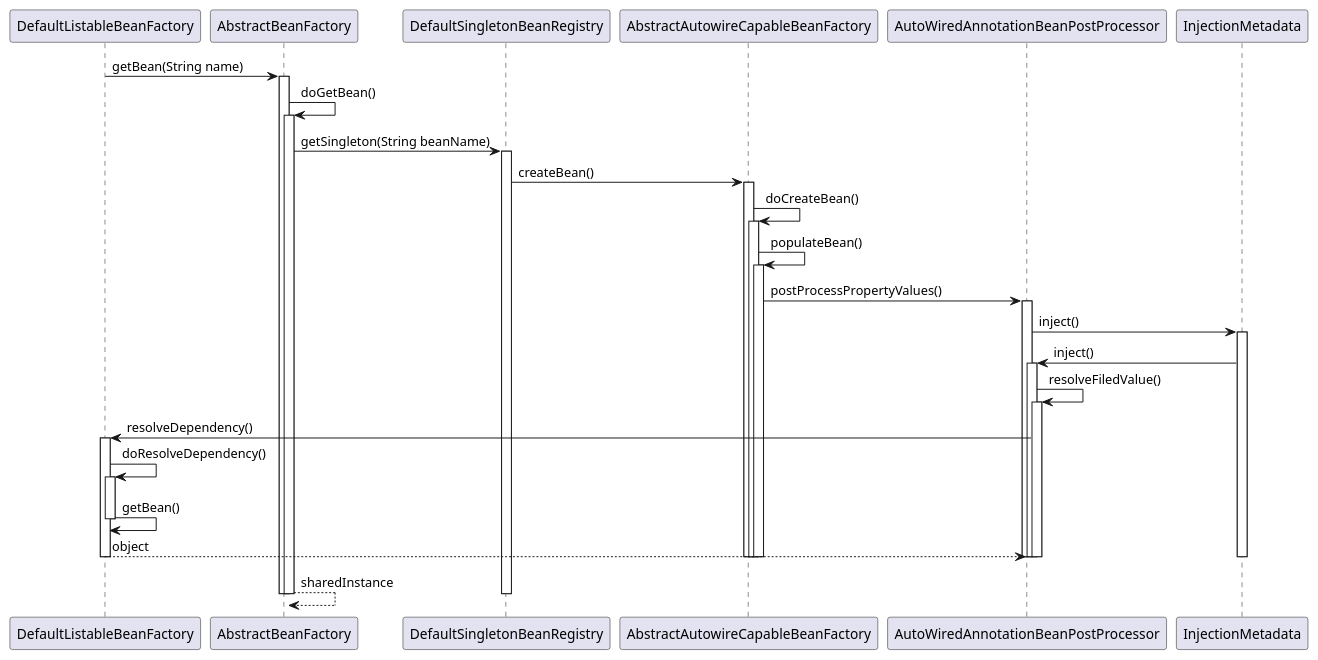
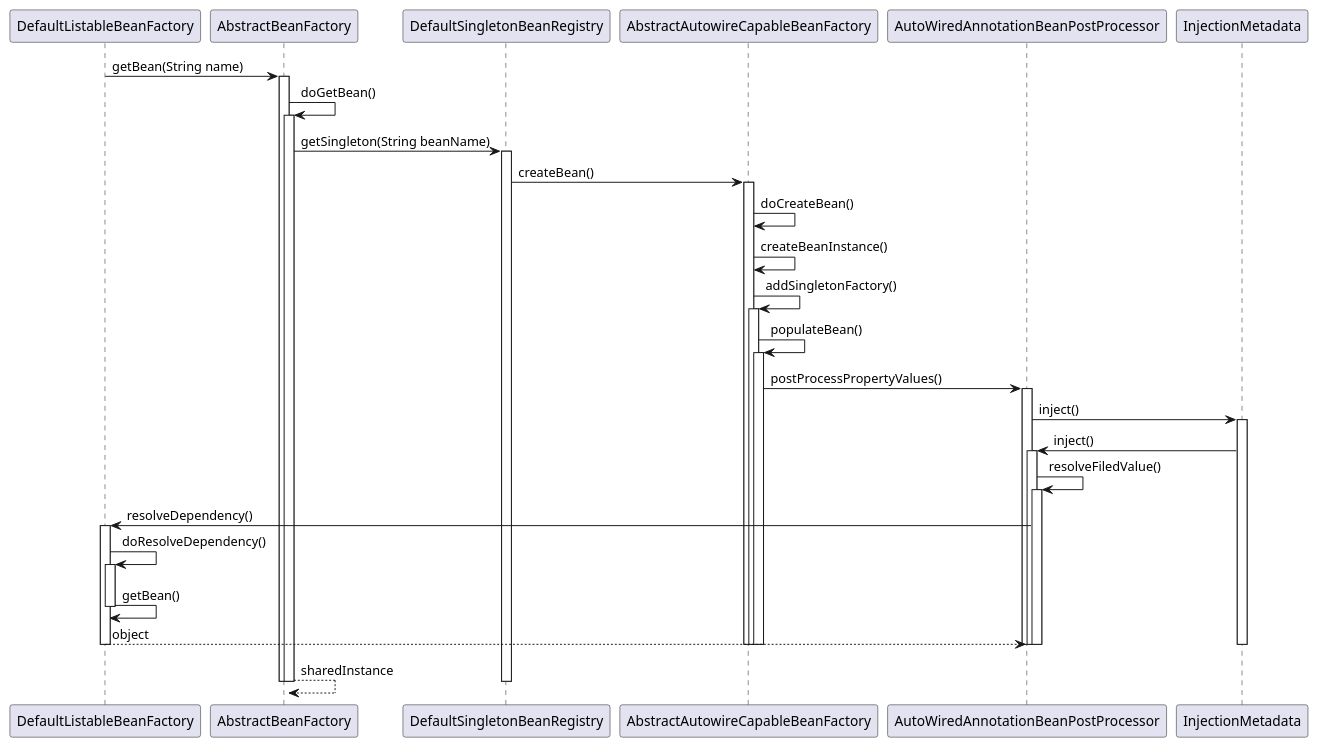
The diagram in doc/c.puml (Cyrus414/spring-framework), drawn with PlantUML before and after one commit. The commit also changed 1 other file, not shown here.

```diff
--- a/doc/c.puml
+++ b/doc/c.puml
@@ -1,43 +1,45 @@
 @startuml
 
 DefaultListableBeanFactory -> AbstractBeanFactory: getBean(String name)
 activate AbstractBeanFactory
     AbstractBeanFactory -> AbstractBeanFactory: doGetBean()
     activate AbstractBeanFactory
         AbstractBeanFactory -> DefaultSingletonBeanRegistry: getSingleton(String beanName)
         activate DefaultSingletonBeanRegistry
             DefaultSingletonBeanRegistry -> AbstractAutowireCapableBeanFactory: createBean()
             activate AbstractAutowireCapableBeanFactory
                 AbstractAutowireCapableBeanFactory -> AbstractAutowireCapableBeanFactory: doCreateBean()
+                AbstractAutowireCapableBeanFactory -> AbstractAutowireCapableBeanFactory: createBeanInstance()
+                AbstractAutowireCapableBeanFactory -> AbstractAutowireCapableBeanFactory: addSingletonFactory()
                 activate AbstractAutowireCapableBeanFactory
                     AbstractAutowireCapableBeanFactory -> AbstractAutowireCapableBeanFactory: populateBean()
                     activate AbstractAutowireCapableBeanFactory
                         AbstractAutowireCapableBeanFactory -> AutoWiredAnnotationBeanPostProcessor: postProcessPropertyValues()
                         activate AutoWiredAnnotationBeanPostProcessor
                             AutoWiredAnnotationBeanPostProcessor -> InjectionMetadata: inject()
                             activate InjectionMetadata
                                 InjectionMetadata -> AutoWiredAnnotationBeanPostProcessor: inject()
                                 activate AutoWiredAnnotationBeanPostProcessor
                                     AutoWiredAnnotationBeanPostProcessor -> AutoWiredAnnotationBeanPostProcessor: resolveFiledValue()
                                     activate AutoWiredAnnotationBeanPostProcessor
                                         AutoWiredAnnotationBeanPostProcessor -> DefaultListableBeanFactory: resolveDependency()
                                         activate DefaultListableBeanFactory
                                             DefaultListableBeanFactory -> DefaultListableBeanFactory: doResolveDependency()
                                             activate DefaultListableBeanFactory
                                                 DefaultListableBeanFactory -> DefaultListableBeanFactory: getBean()
                                             deactivate DefaultListableBeanFactory
                                             return object
                                         deactivate DefaultListableBeanFactory
                                     deactivate AutoWiredAnnotationBeanPostProcessor
                                 deactivate AutoWiredAnnotationBeanPostProcessor
                             deactivate InjectionMetadata
                         deactivate AutoWiredAnnotationBeanPostProcessor
                     deactivate AbstractAutowireCapableBeanFactory
                 deactivate AbstractAutowireCapableBeanFactory
             deactivate AbstractAutowireCapableBeanFactory
           return sharedInstance
         deactivate DefaultSingletonBeanRegistry
     deactivate AbstractBeanFactory
 deactivate AbstractBeanFactory
 
 @enduml
```
